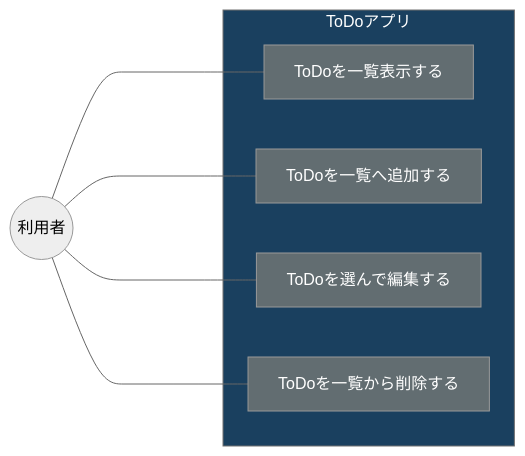
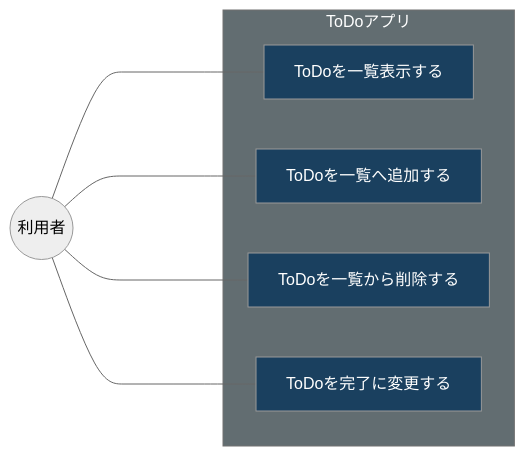
Before and after one commit to next-fire-starter/webdocs: the first of 2 diagrams in design-document/概要.md, drawn with Mermaid (neutral theme). The commit also changed other lines of this file and 1 other file, not shown here.

````diff
--- a/design-document/概要.md
+++ b/design-document/概要.md
@@ -7,21 +7,21 @@
 ```mermaid
 flowchart LR
 
 A((利用者))
 
 A ----- B[ToDoを一覧表示する]
 A ----- C[ToDoを一覧へ追加する]
-A ----- D[ToDoを選んで編集する]
-A ----- E[ToDoを一覧から削除する]
+A ----- D[ToDoを一覧から削除する]
+A ----- E[ToDoを完了に変更する]
 
 subgraph ToDoアプリ
   B
   C
   D
   E
 end
 
-style ToDoアプリ fill:#1A405F,color:#FFF
-classDef className fill:#626D71,color:#FFF
+style ToDoアプリ fill:#626D71,color:#FFF
+classDef className fill:#1A405F,color:#FFF
 class B,C,D,E className
 ```
````
